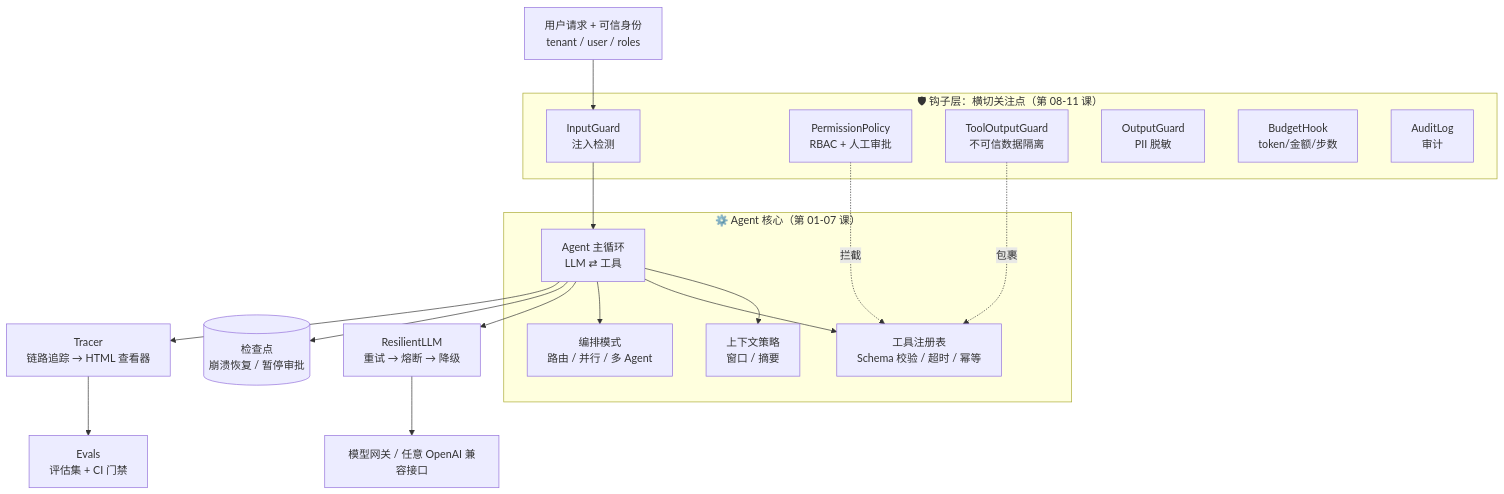
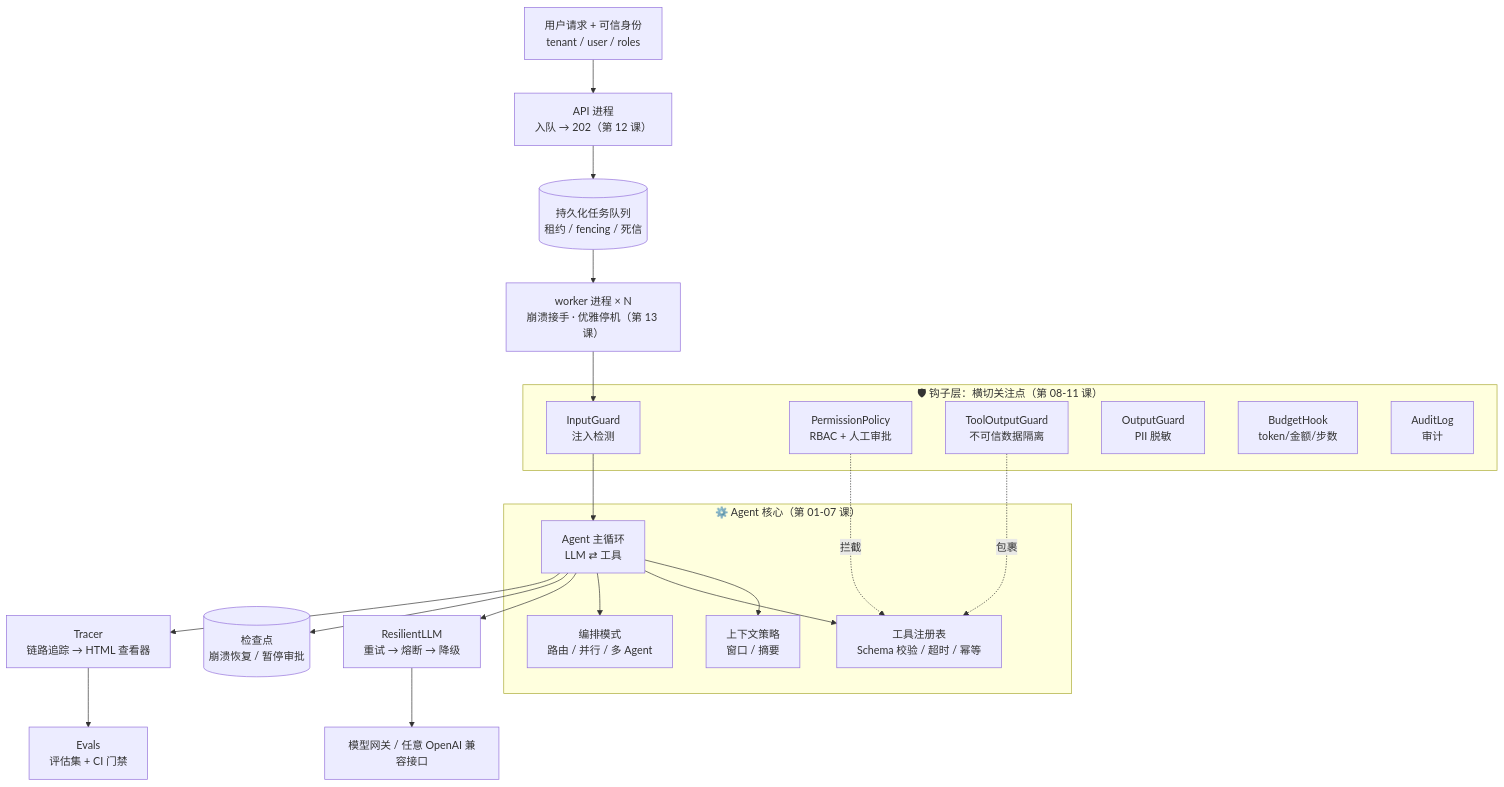
One commit to heaven999b/hello-agent-system changed the diagram in README.md. Above: the diagram before and after it, drawn with Mermaid. The commit also changed other lines of this file and 2 other files, not shown here.

````diff
--- a/README.md
+++ b/README.md
@@ -60,25 +60,28 @@
 ```mermaid
 flowchart TB
-    U["用户请求 + 可信身份<br/>tenant / user / roles"] --> IG
+    U["用户请求 + 可信身份<br/>tenant / user / roles"] --> API["API 进程<br/>入队 → 202（第 12 课）"]
+    API --> Q[("持久化任务队列<br/>租约 / fencing / 死信")]
+    Q --> W["worker 进程 × N<br/>崩溃接手 · 优雅停机（第 13 课）"]
+    W --> IG
     subgraph Hooks["🛡 钩子层：横切关注点（第 08-11 课）"]
         IG["InputGuard<br/>注入检测"]
         PP["PermissionPolicy<br/>RBAC + 人工审批"]
         TG["ToolOutputGuard<br/>不可信数据隔离"]
         OG["OutputGuard<br/>PII 脱敏"]
         BG["BudgetHook<br/>token/金额/步数"]
         AU["AuditLog<br/>审计"]
     end
     IG --> LOOP
     subgraph Core["⚙️ Agent 核心（第 01-07 课）"]
         LOOP["Agent 主循环<br/>LLM ⇄ 工具"] --> CTX["上下文策略<br/>窗口 / 摘要"]
         LOOP --> REG["工具注册表<br/>Schema 校验 / 超时 / 幂等"]
         LOOP --> WF["编排模式<br/>路由 / 并行 / 多 Agent"]
     end
     LOOP --> RL["ResilientLLM<br/>重试 → 熔断 → 降级"]
     RL --> GW["模型网关 / 任意 OpenAI 兼容接口"]
     LOOP --> CP[("检查点<br/>崩溃恢复 / 暂停审批")]
     LOOP --> TR["Tracer<br/>链路追踪 → HTML 查看器"]
     TR --> EV["Evals<br/>评估集 + CI 门禁"]
     PP -.拦截.-> REG
     TG -.包裹.-> REG
 ```
````
